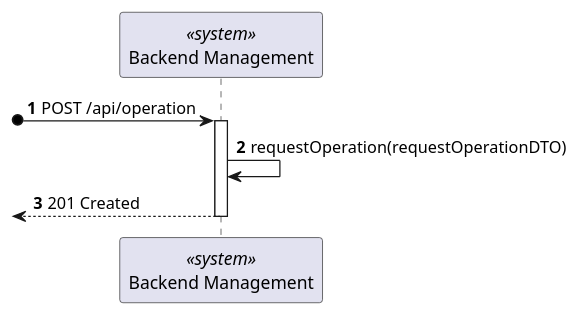
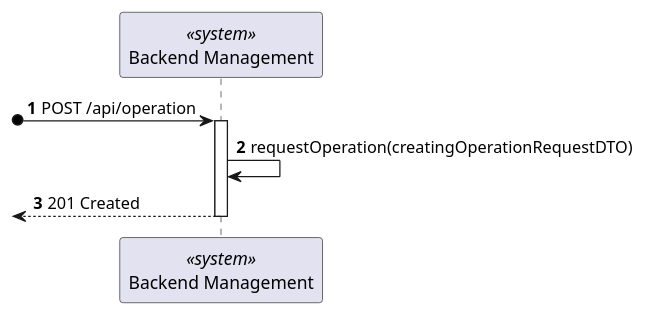
The diagram in docs/OperationRequest/views/level2/process-view.puml (Lapr5G21/sem5pi-24-25-3ddg21), drawn with PlantUML before and after one commit. The commit also changed 16 other files, not shown here.

```diff
--- a/docs/OperationRequest/views/level2/process-view.puml
+++ b/docs/OperationRequest/views/level2/process-view.puml
@@ -1,14 +1,14 @@
 @startuml
 
 autonumber
 participant SYS as "Backend Management" <<system>>
 
 ?o-> SYS : POST /api/operation
 activate SYS
 
-SYS -> SYS : requestOperation(requestOperationDTO)
+SYS -> SYS : requestOperation(creatingOperationRequestDTO)
 <-- SYS : 201 Created
 deactivate SYS
 
 
 @enduml
```
